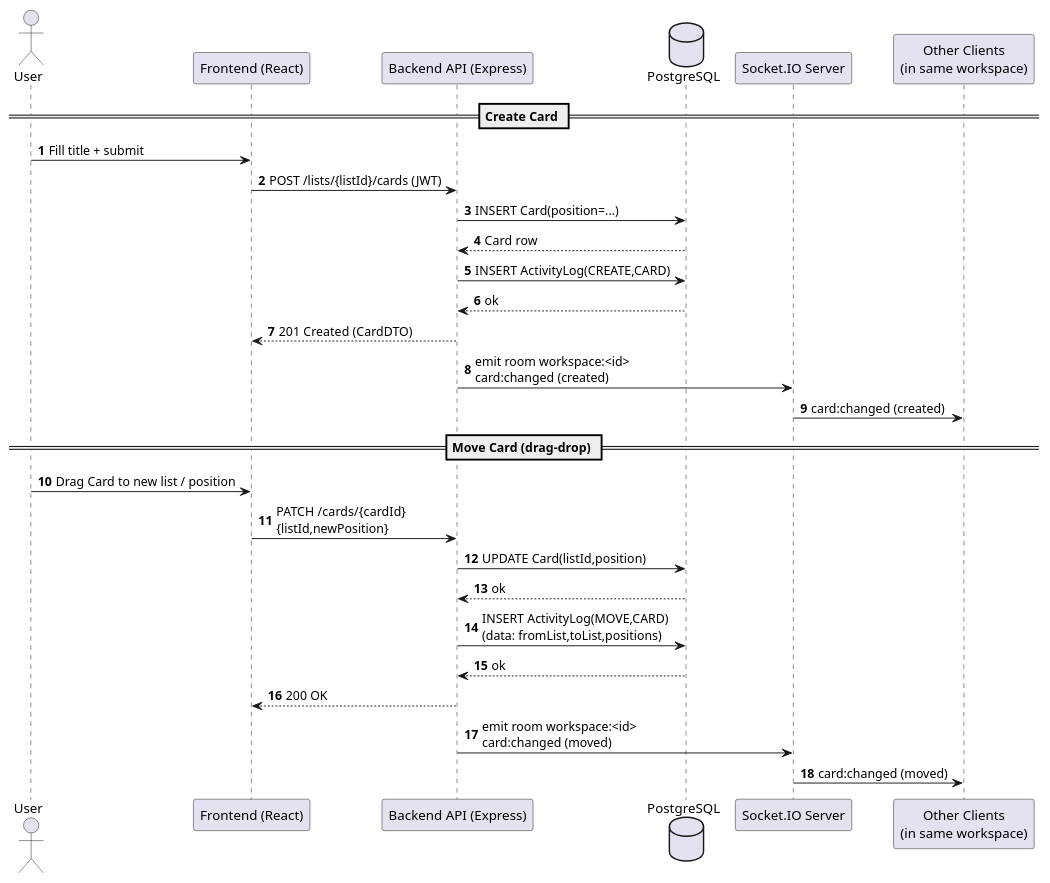
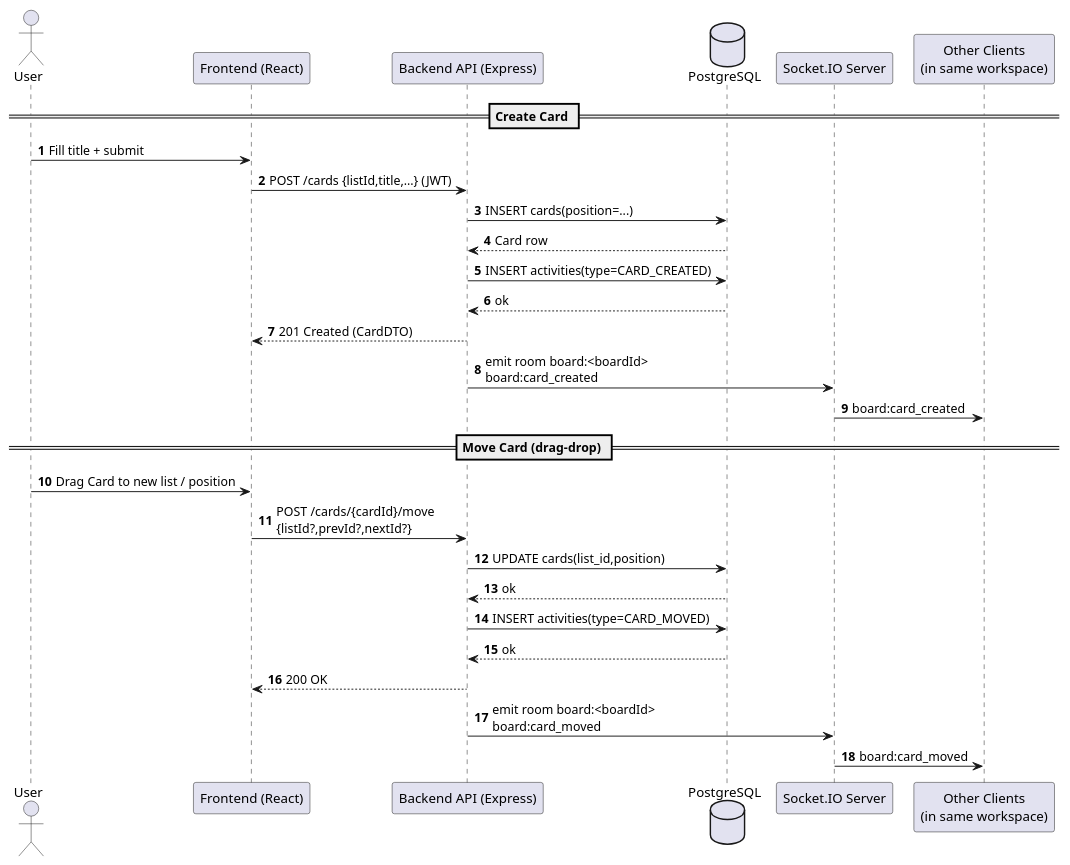
Before and after one commit to tvquang0511/TeamHub: the first of 4 diagrams in docs/diagrams/sequence-diagram.md, drawn with PlantUML. The commit also changed other lines of this file and 45 other files, not shown here.

````diff
--- a/docs/diagrams/sequence-diagram.md
+++ b/docs/diagrams/sequence-diagram.md
@@ -3,35 +3,35 @@
 ```plantuml
 @startuml
 autonumber
 actor "User" as U
 participant "Frontend (React)" as FE
 participant "Backend API (Express)" as API
 database "PostgreSQL" as DB
 participant "Socket.IO Server" as WS
 participant "Other Clients\n(in same workspace)" as OC
 
 == Create Card ==
 U -> FE: Fill title + submit
-FE -> API: POST /lists/{listId}/cards (JWT)
-API -> DB: INSERT Card(position=...)
+FE -> API: POST /cards {listId,title,...} (JWT)
+API -> DB: INSERT cards(position=...)
 DB --> API: Card row
-API -> DB: INSERT ActivityLog(CREATE,CARD)
+API -> DB: INSERT activities(type=CARD_CREATED)
 DB --> API: ok
 API --> FE: 201 Created (CardDTO)
 
-API -> WS: emit room workspace:<id>\ncard:changed (created)
-WS -> OC: card:changed (created)
+API -> WS: emit room board:<boardId>\nboard:card_created
+WS -> OC: board:card_created
 
 == Move Card (drag-drop) ==
 U -> FE: Drag Card to new list / position
-FE -> API: PATCH /cards/{cardId}\n{listId,newPosition}
-API -> DB: UPDATE Card(listId,position)
+FE -> API: POST /cards/{cardId}/move\n{listId?,prevId?,nextId?}
+API -> DB: UPDATE cards(list_id,position)
 DB --> API: ok
-API -> DB: INSERT ActivityLog(MOVE,CARD)\n(data: fromList,toList,positions)
+API -> DB: INSERT activities(type=CARD_MOVED)
 DB --> API: ok
 API --> FE: 200 OK
 
-API -> WS: emit room workspace:<id>\ncard:changed (moved)
-WS -> OC: card:changed (moved)
+API -> WS: emit room board:<boardId>\nboard:card_moved
+WS -> OC: board:card_moved
 @enduml
 ```
````
